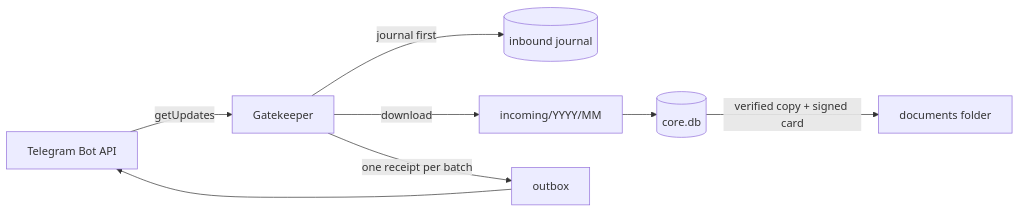
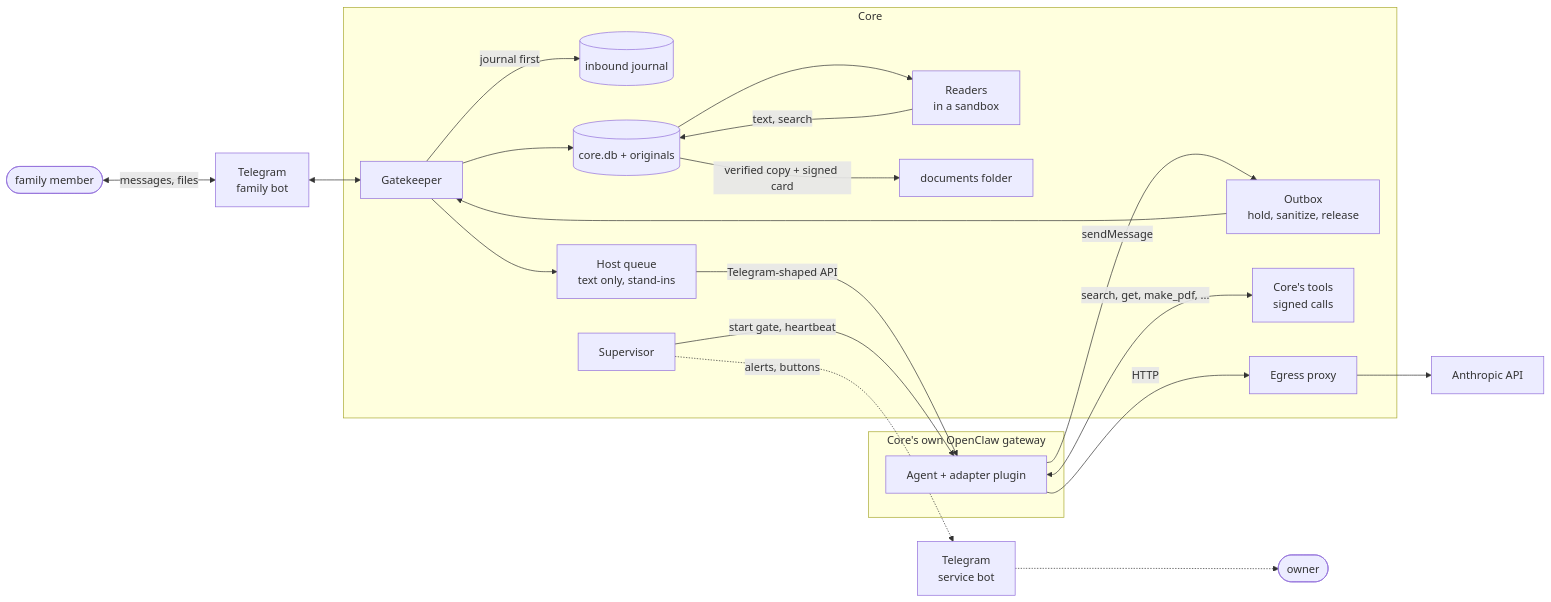
The diagram in README.md (PaGrom/klepa), drawn with Mermaid before and after one commit. The commit also changed other lines of this file and 2 other files, not shown here.

Commit message:
docs: diagrams of the whole system, a message's and a file's path, supervision, login, security
README's overview shows the system as it is now: the gatekeeper, readers,
Core's own OpenClaw gateway behind the Telegram-shaped API, the outbox,
the tools and the egress proxy. architecture.md gets a component map in
place of the ASCII sketch, the path of a message (sequence) and of a file
(flowchart), the supervisor's states and the start gate, host login, and
what each party can reach in the security model; the storage tree gains
the gateway's host/ folder. configuration.md maps each section to what it
drives.

````diff
--- a/README.md
+++ b/README.md
@@ -23,10 +23,26 @@
 ```mermaid
 flowchart LR
-    TG[Telegram Bot API] -->|getUpdates| GK[Gatekeeper]
-    GK -->|journal first| J[(inbound journal)]
-    GK -->|download| IN[incoming/YYYY/MM]
-    IN --> DB[(core.db)]
-    DB -->|verified copy + signed card| DOCS[documents folder]
-    GK -->|one receipt per batch| OB[outbox]
-    OB --> TG
+    P([family member]) <-->|messages, files| TG[Telegram<br>family bot]
+    TG <--> GK
+    subgraph core[Core]
+        GK[Gatekeeper] -->|journal first| J[(inbound journal)]
+        GK --> DB[(core.db + originals)]
+        DB --> R[Readers<br>in a sandbox]
+        R -->|text, search| DB
+        DB -->|verified copy + signed card| DOCS[documents folder]
+        GK --> Q[Host queue<br>text only, stand-ins]
+        OB[Outbox<br>hold, sanitize, release] --> GK
+        T[Core's tools<br>signed calls]
+        S[Supervisor]
+        X[Egress proxy]
+    end
+    subgraph host[Core's own OpenClaw gateway]
+        OC[Agent + adapter plugin]
+    end
+    Q -->|Telegram-shaped API| OC
+    OC -->|sendMessage| OB
+    OC <-->|search, get, make_pdf, ...| T
+    S -->|start gate, heartbeat| OC
+    OC -->|HTTP| X --> M[Anthropic API]
+    S -.->|alerts, buttons| SB[Telegram<br>service bot] -.-> OW([owner])
 ```
````
